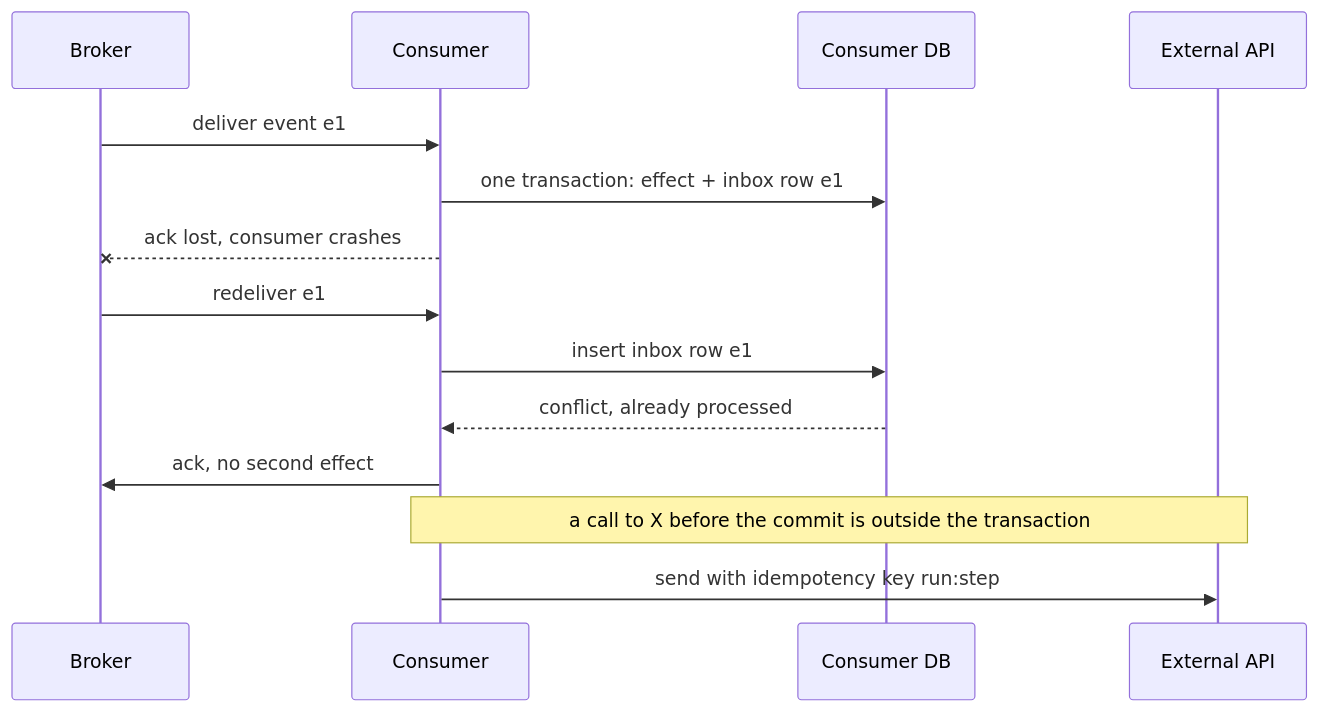
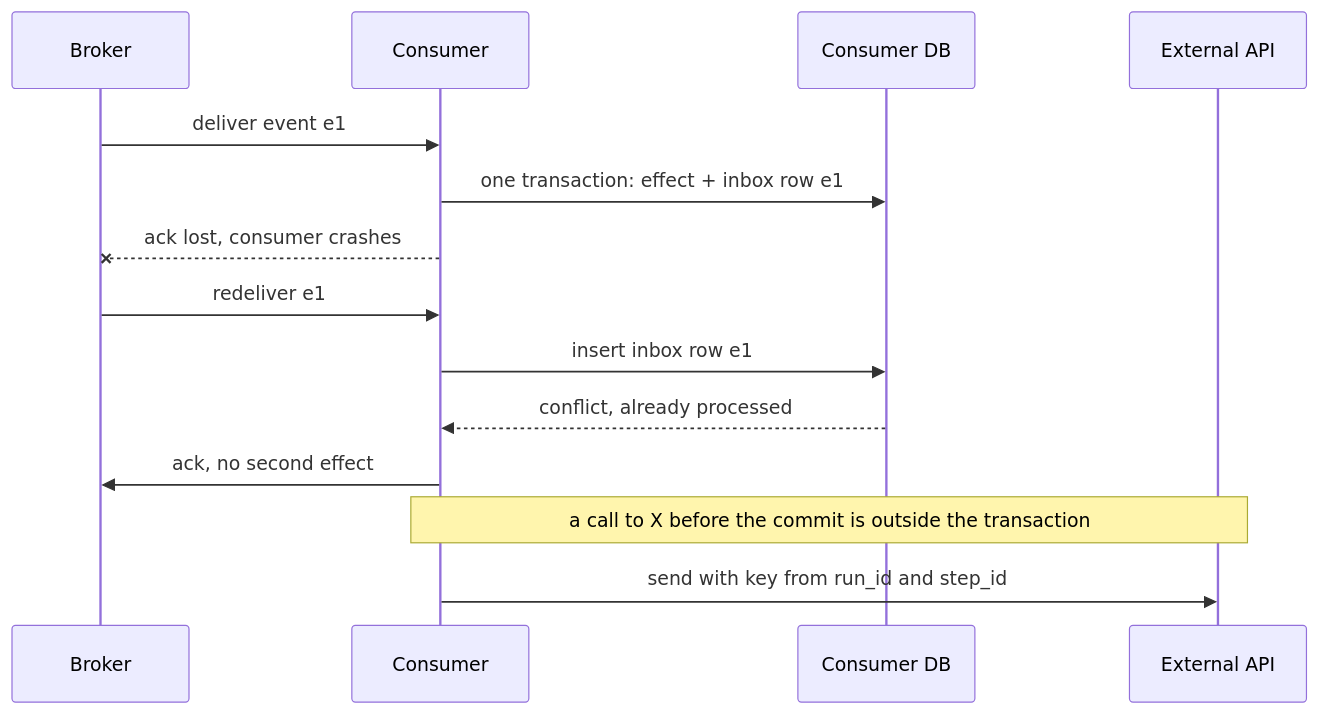
Before and after one commit to lovishmahajan97/agentic-learning: the diagram in content/system-design/exactly-once-processing-limitations.md, drawn with Mermaid. The commit also changed 213 other files, not shown here.

````diff
--- a/content/system-design/exactly-once-processing-limitations.md
+++ b/content/system-design/exactly-once-processing-limitations.md
@@ -125,16 +125,16 @@
 ```mermaid
 sequenceDiagram
     participant B as Broker
     participant C as Consumer
     participant D as Consumer DB
     participant X as External API
     B->>C: deliver event e1
     C->>D: one transaction: effect + inbox row e1
     C--xB: ack lost, consumer crashes
     B->>C: redeliver e1
     C->>D: insert inbox row e1
     D-->>C: conflict, already processed
     C->>B: ack, no second effect
     Note over C,X: a call to X before the commit is outside the transaction
-    C->>X: send with idempotency key run:step
+    C->>X: send with key from run_id and step_id
 ```
````
